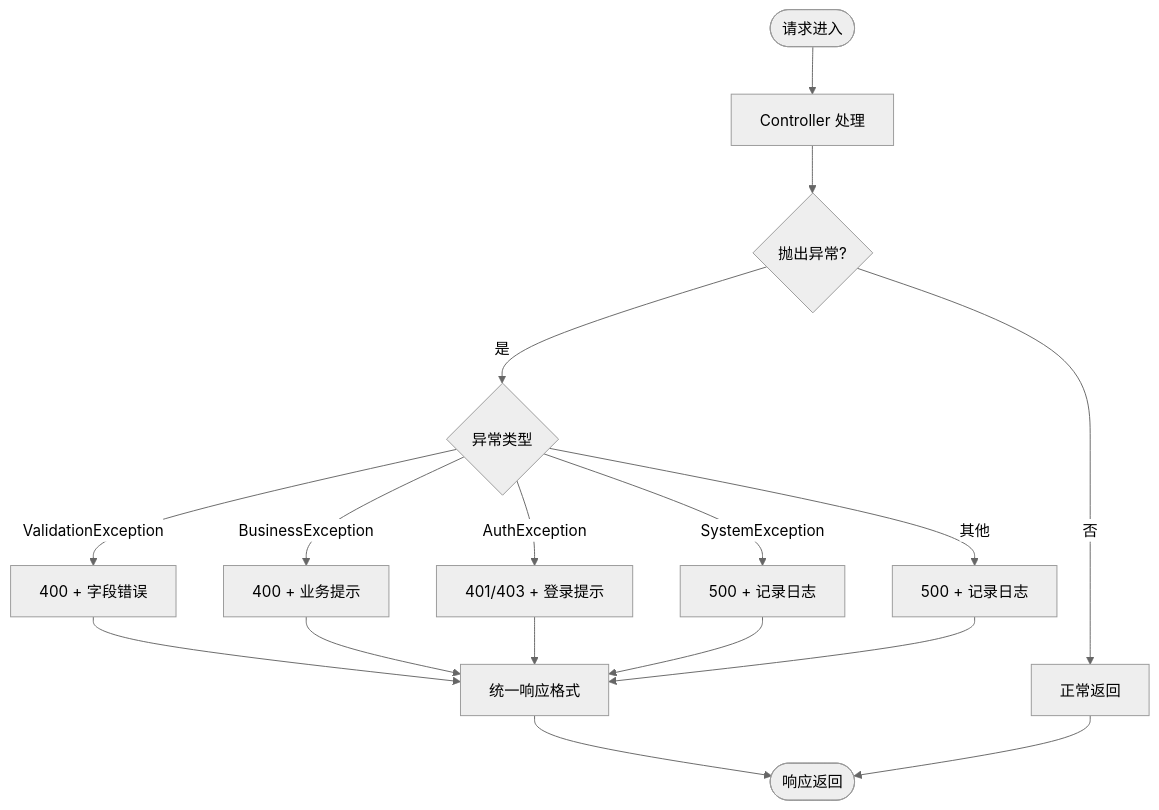
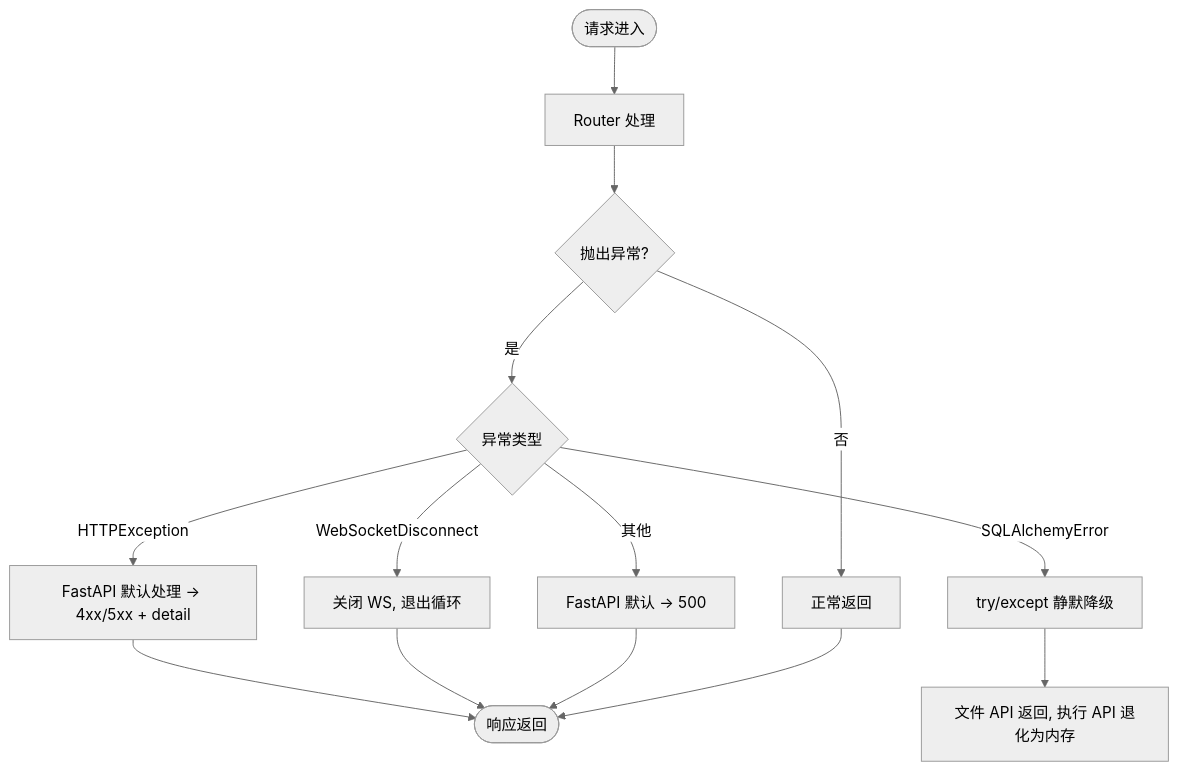
One commit to Rogers501/automation-platform changed the ninth of 10 diagrams in docs/详细设计文档.md. Above: the diagram before and after it, drawn with Mermaid (neutral theme). The commit also changed other lines of this file and 9 other files, not shown here.

````diff
--- a/docs/详细设计文档.md
+++ b/docs/详细设计文档.md
@@ -421,19 +734,16 @@
 ```mermaid
 flowchart TD
-    S([请求进入]) --> A[Controller 处理]
+    S([请求进入]) --> A[Router 处理]
     A --> B{抛出异常?}
     B -->|否| C[正常返回]
     B -->|是| D{异常类型}
-    D -->|ValidationException| E1[400 + 字段错误]
-    D -->|BusinessException| E2[400 + 业务提示]
-    D -->|AuthException| E3[401/403 + 登录提示]
-    D -->|SystemException| E4[500 + 记录日志]
-    D -->|其他| E5[500 + 记录日志]
-    E1 --> F[统一响应格式]
-    E2 --> F
-    E3 --> F
-    E4 --> F
-    E5 --> F
-    F --> G([响应返回])
+    D -->|HTTPException| E1[FastAPI 默认处理 → 4xx/5xx + detail]
+    D -->|SQLAlchemyError| E2[try/except 静默降级]
+    D -->|WebSocketDisconnect| E3[关闭 WS, 退出循环]
+    D -->|其他| E4[FastAPI 默认 → 500]
+    E2 --> F[文件 API 返回, 执行 API 退化为内存]
+    E1 --> G([响应返回])
+    E3 --> G
+    E4 --> G
     C --> G
 ```
````
